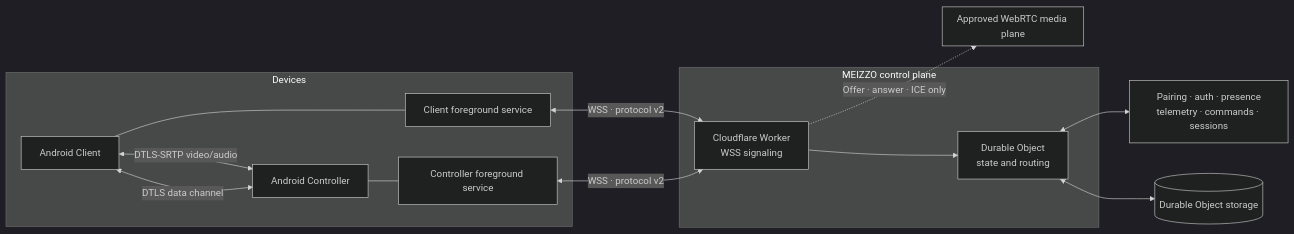
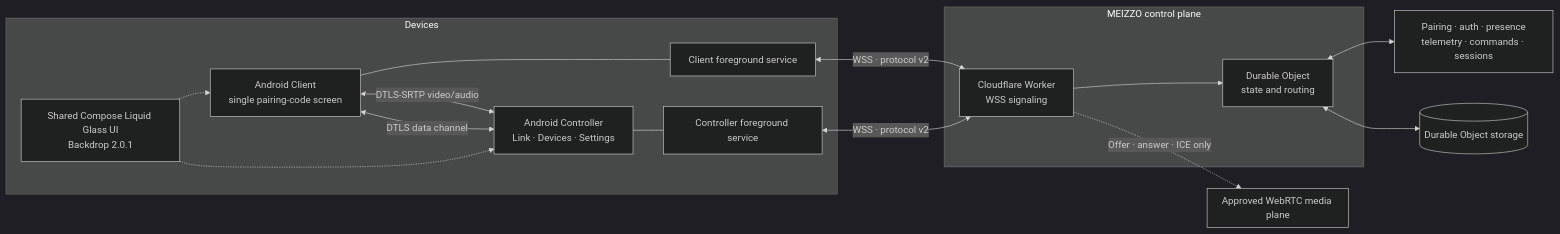
The first of 2 diagrams in README.md (rakhan17/Meizzo), drawn with Mermaid (dark theme) before and after one commit. The commit also changed other lines of this file and 12 other files, not shown here.

Commit message:
docs(beta): document v3 Liquid Glass candidate and detailed release history

````diff
--- a/README.md
+++ b/README.md
@@ -157,28 +175,31 @@
 ```mermaid
 flowchart LR
   subgraph Devices
-    C[Android Client]
-    O[Android Controller]
+    C[Android Client<br/>single pairing-code screen]
+    O[Android Controller<br/>Link · Devices · Settings]
     CS[Client foreground service]
     OS[Controller foreground service]
+    UI[Shared Compose Liquid Glass UI<br/>Backdrop 2.0.1]
     C --- CS
     O --- OS
+    UI -.-> C
+    UI -.-> O
   end
 
   subgraph ControlPlane["MEIZZO control plane"]
     W[Cloudflare Worker<br/>WSS signaling]
     D[Durable Object<br/>state and routing]
     W --> D
   end
 
   subgraph MediaPlane["Approved WebRTC media plane"]
     C <-->|DTLS-SRTP video/audio| O
     C <-->|DTLS data channel| O
   end
 
   CS <-->|WSS · protocol v2| W
   OS <-->|WSS · protocol v2| W
   D <--> P[Pairing · auth · presence<br/>telemetry · commands · sessions]
   D <--> S[(Durable Object storage)]
   W -.->|Offer · answer · ICE only| MediaPlane
 ```
````
